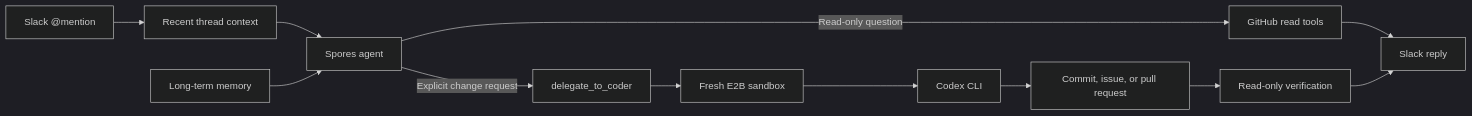
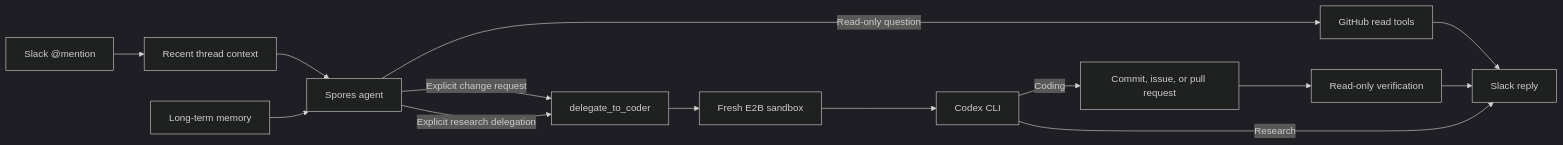
The diagram in README.md (hetsaraiya/spores), drawn with Mermaid (dark theme) before and after one commit. The commit also changed other lines of this file and 6 other files, not shown here.

Commit message:
feat: support research-only delegation

````diff
--- a/README.md
+++ b/README.md
@@ -32,14 +34,16 @@
 ```mermaid
 flowchart LR
     Slack["Slack @mention"] --> Context["Recent thread context"]
     Context --> Agent["Spores agent"]
     Memory["Long-term memory"] --> Agent
     Agent -->|Read-only question| GitHub["GitHub read tools"]
     Agent -->|Explicit change request| Delegate["delegate_to_coder"]
+    Agent -->|Explicit research delegation| Delegate
     Delegate --> Sandbox["Fresh E2B sandbox"]
     Sandbox --> Codex["Codex CLI"]
-    Codex --> PR["Commit, issue, or pull request"]
+    Codex -->|Coding| PR["Commit, issue, or pull request"]
+    Codex -->|Research| Reply
     PR --> Verify["Read-only verification"]
     GitHub --> Reply["Slack reply"]
     Verify --> Reply
 ```
````
